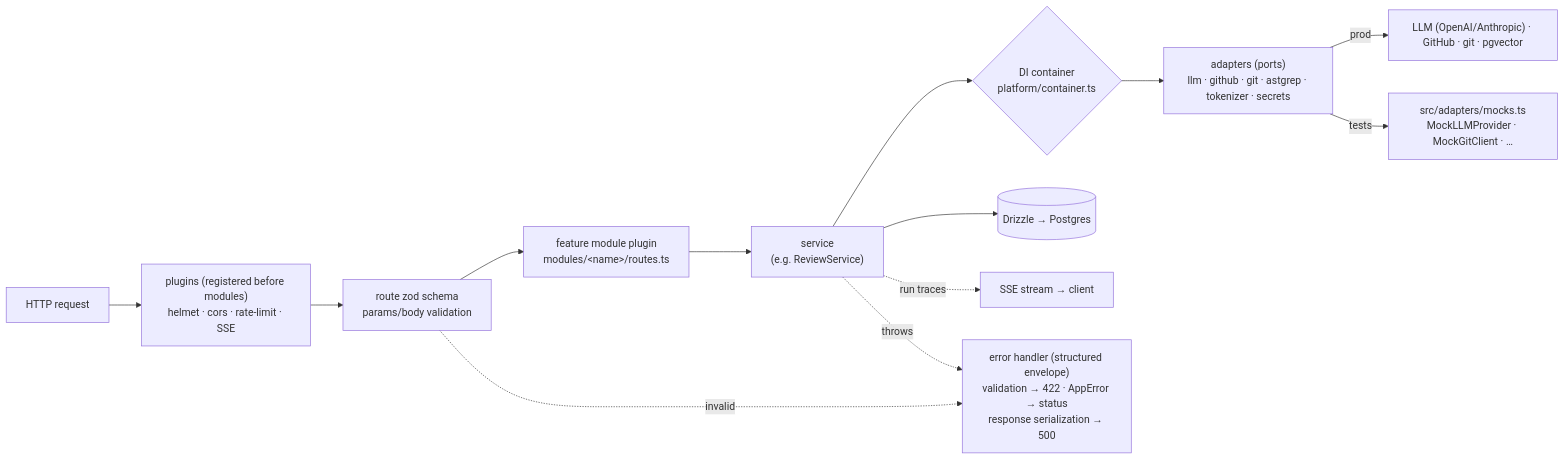
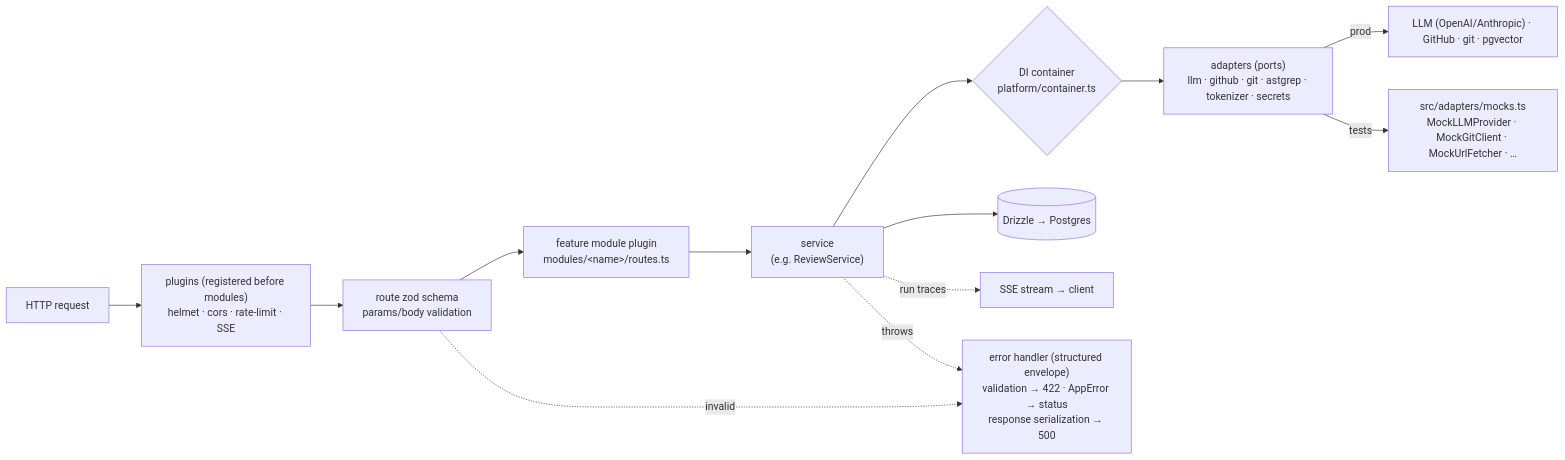
The first of 2 diagrams in server/README.md (dmitrii1600/dev-digest), drawn with Mermaid before and after one commit. The commit also changed other lines of this file and 165 other files, not shown here.

````diff
--- a/server/README.md
+++ b/server/README.md
@@ -33,15 +33,15 @@
 ```mermaid
 flowchart LR
   REQ["HTTP request"] --> MW["plugins (registered before modules)<br/>helmet · cors · rate-limit · SSE"]
   MW --> VAL["route zod schema<br/>params/body validation"]
   VAL --> MOD["feature module plugin<br/>modules/&lt;name&gt;/routes.ts"]
   MOD --> SVC["service<br/>(e.g. ReviewService)"]
   SVC --> DI{"DI container<br/>platform/container.ts"}
   DI --> ADP["adapters (ports)<br/>llm · github · git · astgrep · tokenizer · secrets"]
   ADP -->|"prod"| EXT["LLM (OpenAI/Anthropic) · GitHub · git · pgvector"]
-  ADP -->|"tests"| MOCK["src/adapters/mocks.ts<br/>MockLLMProvider · MockGitClient · …"]
+  ADP -->|"tests"| MOCK["src/adapters/mocks.ts<br/>MockLLMProvider · MockGitClient · MockUrlFetcher · …"]
   SVC --> DB[("Drizzle → Postgres")]
   SVC -. "run traces" .-> SSE["SSE stream → client"]
   VAL -. "invalid" .-> ERR["error handler (structured envelope)<br/>validation → 422 · AppError → status<br/>response serialization → 500"]
   SVC -. "throws" .-> ERR
 ```
````
